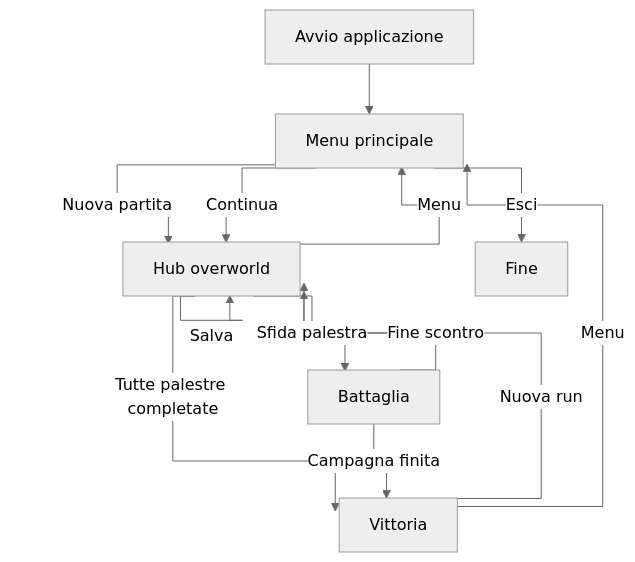
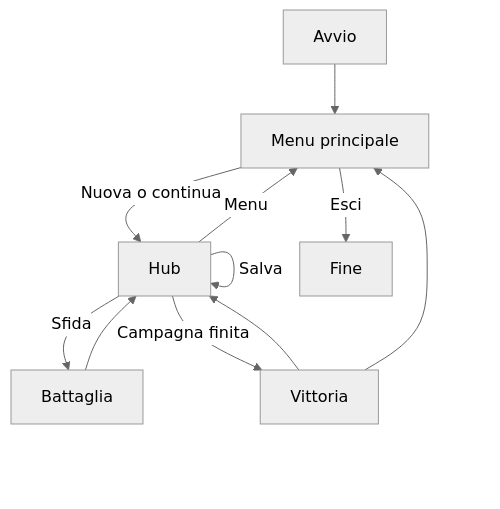
One commit to ValerioGiglio04/rpg-MPGC changed the diagram in .github/wiki-pages/Funzionalita-implementate.md. Above: the diagram before and after it, drawn with Mermaid (neutral theme). The commit also changed other lines of this file and 6 other files, not shown here.

````diff
--- a/.github/wiki-pages/Funzionalita-implementate.md
+++ b/.github/wiki-pages/Funzionalita-implementate.md
@@ -111,16 +76,13 @@
 ```mermaid
-%%{init: {'flowchart': {'curve': 'stepAfter'}}}%%
 flowchart TD
-  Boot[Avvio applicazione] --> MainMenu[Menu principale]
-  MainMenu -->|Nuova partita| Hub[Hub overworld]
-  MainMenu -->|Continua| Hub
+  Boot[Avvio] --> MainMenu[Menu principale]
+  MainMenu -->|Nuova o continua| Hub[Hub]
   MainMenu -->|Esci| End[Fine]
   Hub -->|Salva| Hub
   Hub -->|Menu| MainMenu
-  Hub -->|Sfida palestra| Battle[Battaglia]
-  Battle -->|Fine scontro| Hub
-  Hub -->|Tutte palestre completate| Victory[Vittoria]
-  Battle -->|Campagna finita| Victory
-  Victory -->|Nuova run| Hub
-  Victory -->|Menu| MainMenu
+  Hub -->|Sfida| Battle[Battaglia]
+  Battle --> Hub
+  Hub -->|Campagna finita| Victory[Vittoria]
+  Victory --> Hub
+  Victory --> MainMenu
 ```
````
